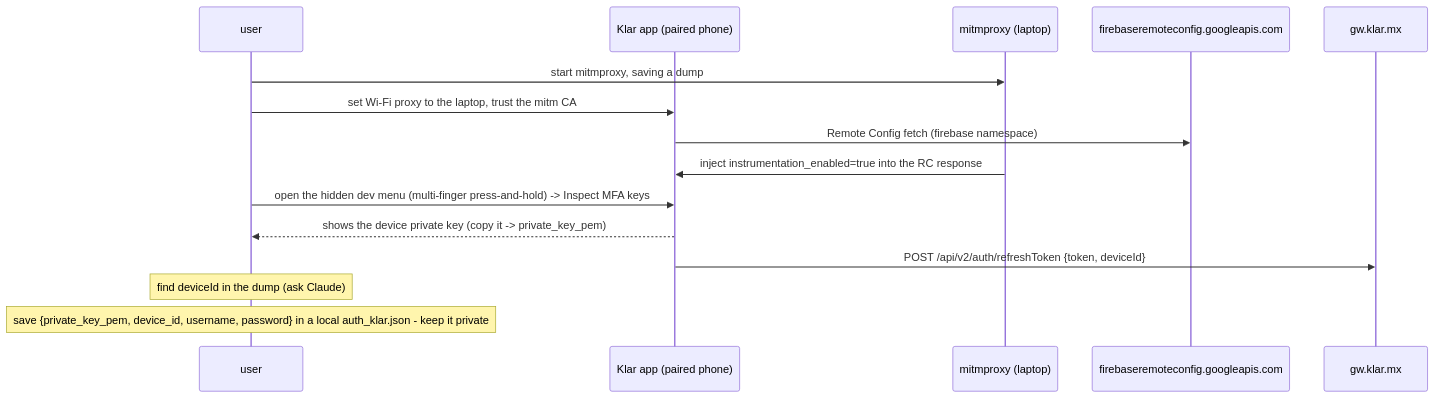
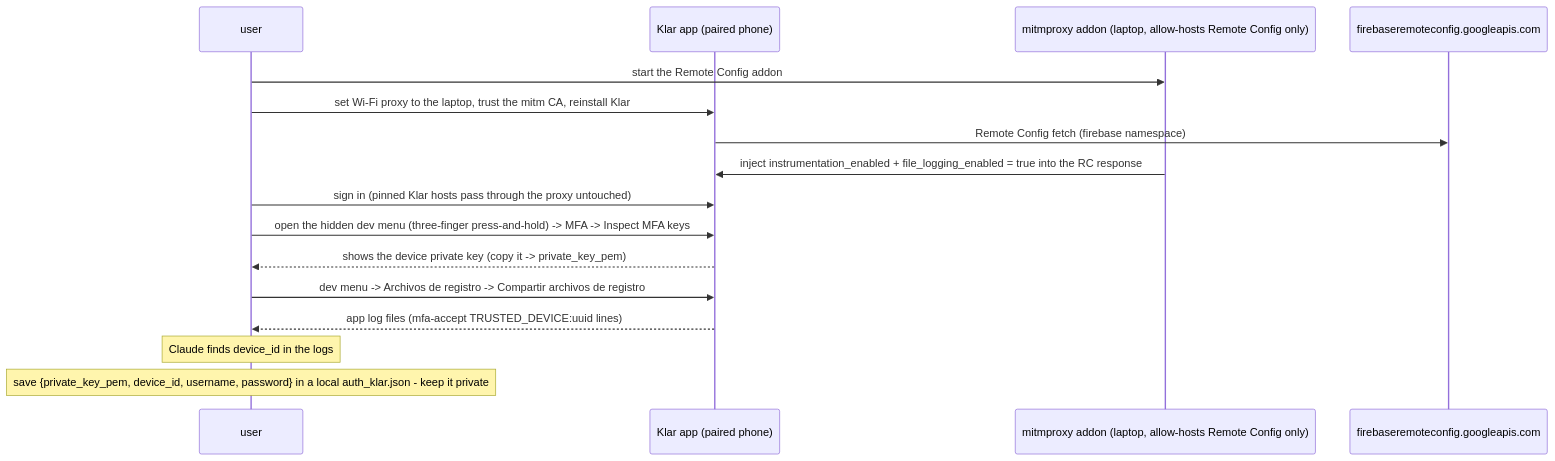
The first of 2 diagrams in docs/flows/klar.md (PaoloReyes/finscraper-mx), drawn with Mermaid before and after one commit. The commit also changed other lines of this file and 3 other files, not shown here.

Commit message:
Klar: document Remote Config flag injection and log-based device id

````diff
--- a/docs/flows/klar.md
+++ b/docs/flows/klar.md
@@ -29,18 +32,19 @@
 ```mermaid
 sequenceDiagram
   participant U as user
   participant Ph as Klar app (paired phone)
-  participant M as mitmproxy (laptop)
+  participant M as mitmproxy addon (laptop, allow-hosts Remote Config only)
   participant FB as firebaseremoteconfig.googleapis.com
-  participant GW as gw.klar.mx
 
-  U->>M: start mitmproxy, saving a dump
-  U->>Ph: set Wi-Fi proxy to the laptop, trust the mitm CA
+  U->>M: start the Remote Config addon
+  U->>Ph: set Wi-Fi proxy to the laptop, trust the mitm CA, reinstall Klar
   Ph->>FB: Remote Config fetch (firebase namespace)
-  M->>Ph: inject instrumentation_enabled=true into the RC response
-  U->>Ph: open the hidden dev menu (multi-finger press-and-hold) -> Inspect MFA keys
+  M->>Ph: inject instrumentation_enabled + file_logging_enabled = true into the RC response
+  U->>Ph: sign in (pinned Klar hosts pass through the proxy untouched)
+  U->>Ph: open the hidden dev menu (three-finger press-and-hold) -> MFA -> Inspect MFA keys
   Ph-->>U: shows the device private key (copy it -> private_key_pem)
-  Ph->>GW: POST /api/v2/auth/refreshToken {token, deviceId}
-  Note over U: find deviceId in the dump (ask Claude)
+  U->>Ph: dev menu -> Archivos de registro -> Compartir archivos de registro
+  Ph-->>U: app log files (mfa-accept TRUSTED_DEVICE:uuid lines)
+  Note over U: Claude finds device_id in the logs
   Note over U: save {private_key_pem, device_id, username, password} in a local auth_klar.json - keep it private
 ```
````
